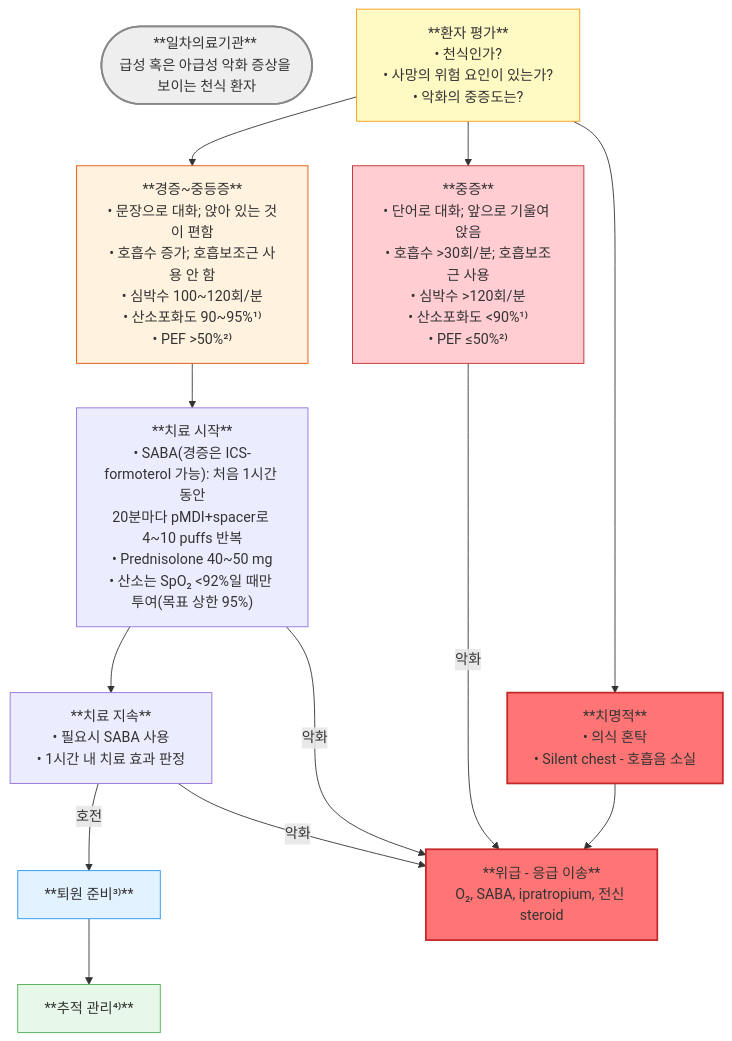
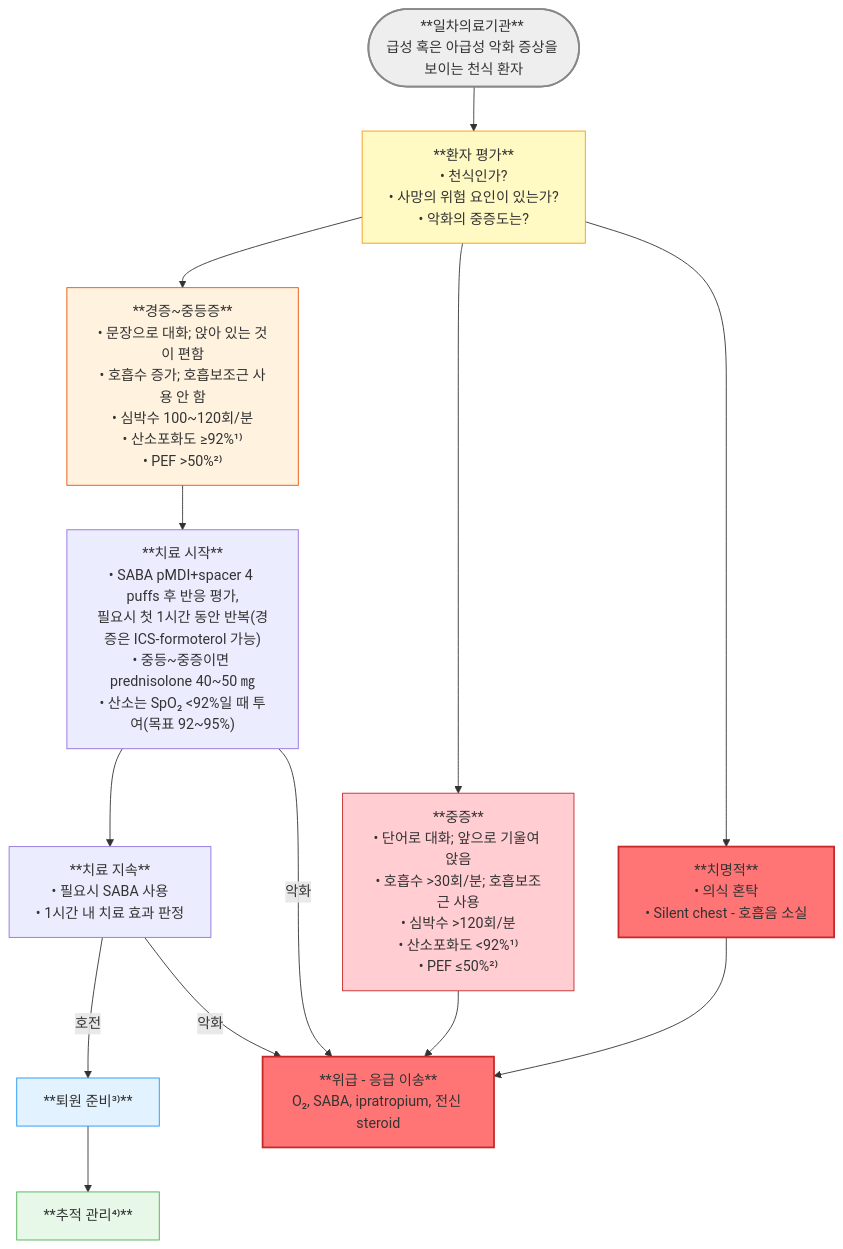
One commit to familyoh77/familyoh77 changed the second of 2 diagrams in 223_/071_-asthma.md. Above: the diagram before and after it, drawn with Mermaid. The commit also changed other lines of this file and 7 other files, not shown here.

````diff
--- a/223_/071_-asthma.md
+++ b/223_/071_-asthma.md
@@ -866,34 +869,34 @@
 ```mermaid
 flowchart TD
 Start(["**일차의료기관** <br/>급성 혹은 아급성 악화 증상을 보이는 천식 환자"])
 B["**환자 평가**<br/>• 천식인가?<br/>• 사망의 위험 요인이 있는가?<br/>• 악화의 중증도는?"]
-C["**경증~중등증**<br/>• 문장으로 대화; 앉아 있는 것이 편함<br/>• 호흡수 증가; 호흡보조근 사용 안 함<br/>• 심박수 100~120회/분<br/>• 산소포화도 90~95%¹⁾<br/>• PEF >50%²⁾"]
-D["**중증**<br/>• 단어로 대화; 앞으로 기울여 앉음<br/>• 호흡수 >30회/분; 호흡보조근 사용<br/>• 심박수 >120회/분<br/>• 산소포화도 <90%¹⁾<br/>• PEF ≤50%²⁾"]
+C["**경증~중등증**<br/>• 문장으로 대화; 앉아 있는 것이 편함<br/>• 호흡수 증가; 호흡보조근 사용 안 함<br/>• 심박수 100~120회/분<br/>• 산소포화도 ≥92%¹⁾<br/>• PEF >50%²⁾"]
+D["**중증**<br/>• 단어로 대화; 앞으로 기울여 앉음<br/>• 호흡수 >30회/분; 호흡보조근 사용<br/>• 심박수 >120회/분<br/>• 산소포화도 &lt;92%¹⁾<br/>• PEF ≤50%²⁾"]
 E["**치명적**<br/>• 의식 혼탁<br/>• Silent chest - 호흡음 소실"]
 F["**위급 - 응급 이송**<br/>O₂, SABA, ipratropium, 전신 steroid"]
-H["**치료 시작**<br/>• SABA(경증은 ICS-formoterol 가능): 처음 1시간 동안<br/>20분마다 pMDI+spacer로 4~10 puffs 반복<br/>• Prednisolone 40~50 mg<br/>• 산소는 SpO₂ &lt;92%일 때만 투여(목표 상한 95%)"]
+H["**치료 시작**<br/>• SABA pMDI+spacer 4 puffs 후 반응 평가,<br/>필요시 첫 1시간 동안 반복(경증은 ICS-formoterol 가능)<br/>• 중등~중증이면 prednisolone 40~50 ㎎<br/>• 산소는 SpO₂ &lt;92%일 때 투여(목표 92~95%)"]
 I["**치료 지속**<br/>• 필요시 SABA 사용<br/>• 1시간 내 치료 효과 판정"]
 K["**퇴원 준비³⁾**<br/>"]
 L["**추적 관리⁴⁾**"]
 
-Start
+Start --> B
 B --> C
 B --> D
 C --> H
 H --> I
 I -->|호전| K
 H -->|악화| F
 I -->|악화| F
-D ---->|악화| F
+D --> F
 E --> F
 B --> E
 K --> L
 style Start fill:#eeeeee,stroke:#888888,stroke-width:2px
 style B fill:#fff9c4,stroke:#f39c12
 style C fill:#fff3e0,stroke:#e65100,stroke-width:1px
 style D fill:#ffcdd2,stroke:#c62828,stroke-width:1px
 style E fill:#ff7575,stroke:#c62828,stroke-width:2px
 style F fill:#ff7575,stroke:#c62828,stroke-width:2px
 style K fill:#e3f2ff,stroke:#2196f3
 style L fill:#e8f8e8,stroke:#4caf50
 ```
````
